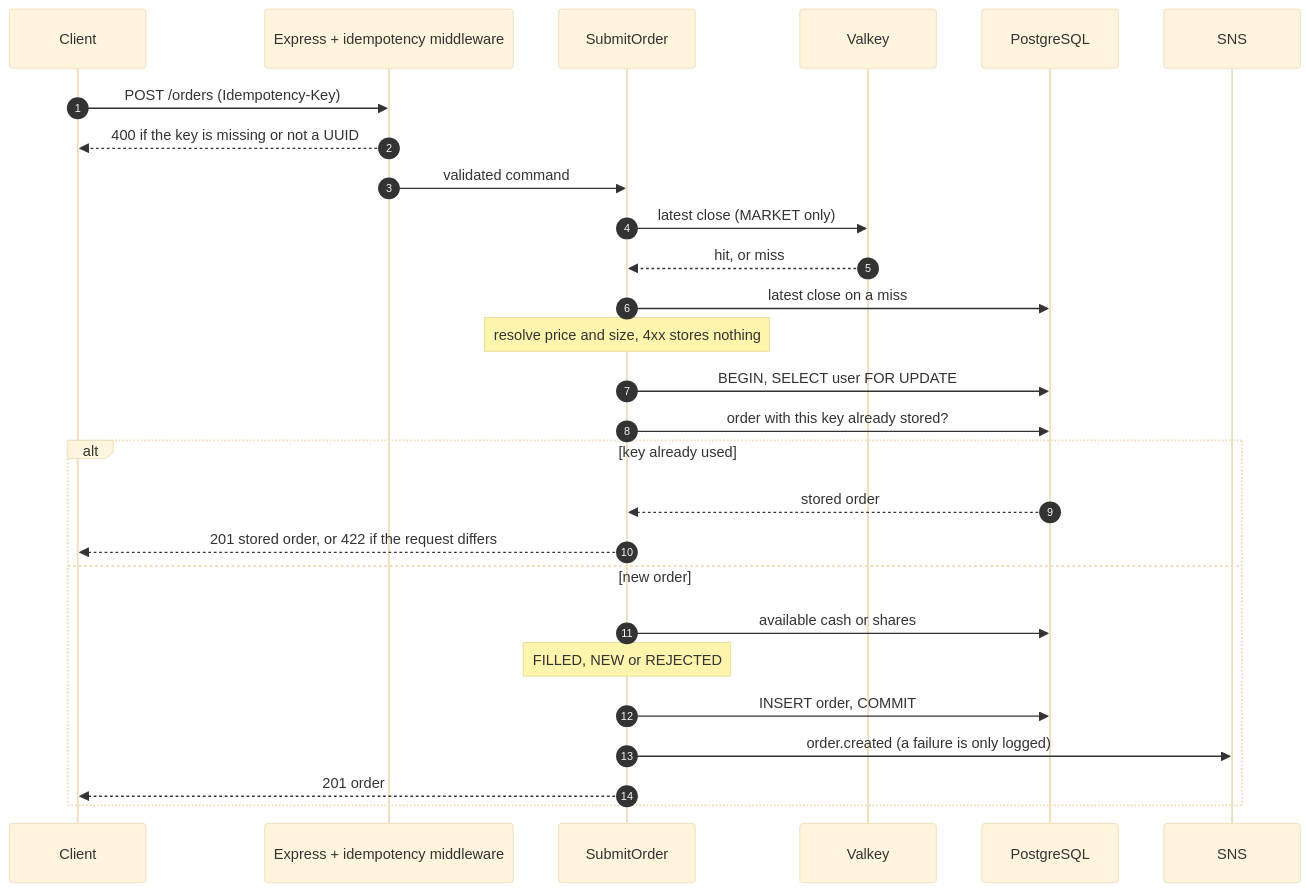
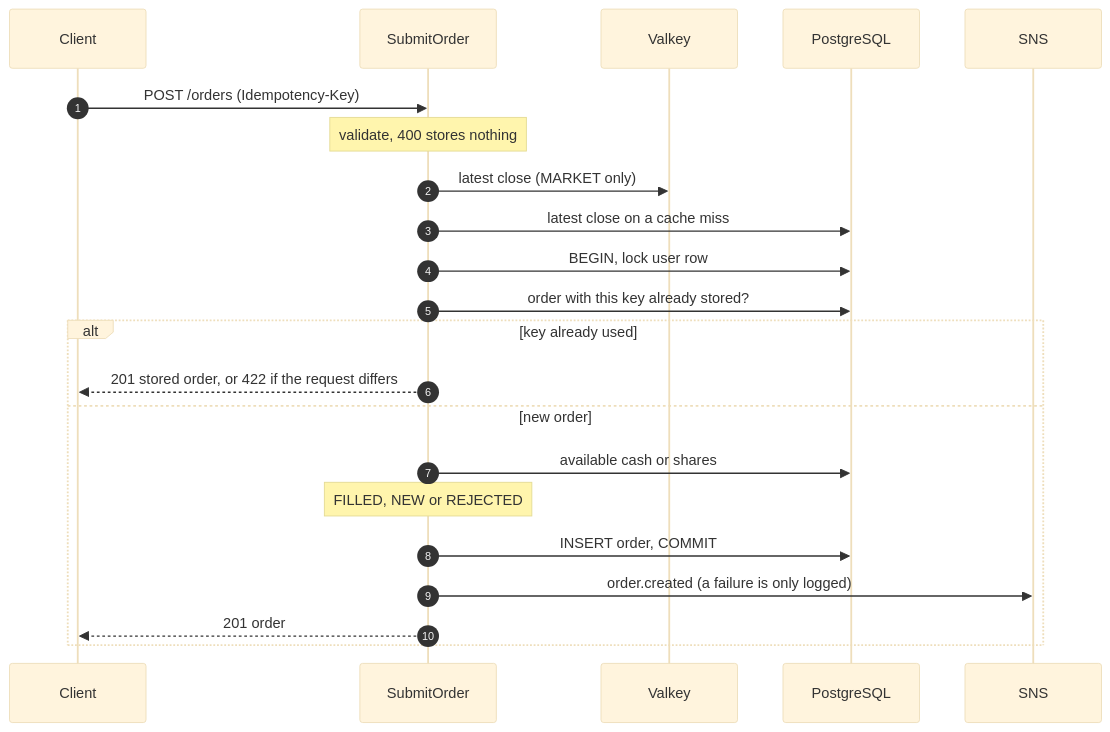
One commit to Samuel0023/cocos-challenge changed the first of 6 diagrams in docs/flows.md. Above: the diagram before and after it, drawn with Mermaid (base theme). The commit also changed other lines of this file and 25 other files, not shown here.

````diff
--- a/docs/flows.md
+++ b/docs/flows.md
@@ -9,29 +9,24 @@
 ```mermaid
 sequenceDiagram
   autonumber
   participant C as Client
-  participant API as Express + idempotency middleware
   participant UC as SubmitOrder
   participant VK as Valkey
   participant PG as PostgreSQL
   participant SNS as SNS
-  C->>API: POST /orders (Idempotency-Key)
-  API-->>C: 400 if the key is missing or not a UUID
-  API->>UC: validated command
+  C->>UC: POST /orders (Idempotency-Key)
+  Note over UC: validate, 400 stores nothing
   UC->>VK: latest close (MARKET only)
-  VK-->>UC: hit, or miss
-  UC->>PG: latest close on a miss
-  Note over UC: resolve price and size, 4xx stores nothing
-  UC->>PG: BEGIN, SELECT user FOR UPDATE
+  UC->>PG: latest close on a cache miss
+  UC->>PG: BEGIN, lock user row
   UC->>PG: order with this key already stored?
   alt key already used
-    PG-->>UC: stored order
     UC-->>C: 201 stored order, or 422 if the request differs
   else new order
     UC->>PG: available cash or shares
     Note over UC: FILLED, NEW or REJECTED
     UC->>PG: INSERT order, COMMIT
     UC->>SNS: order.created (a failure is only logged)
     UC-->>C: 201 order
   end
 ```
````
